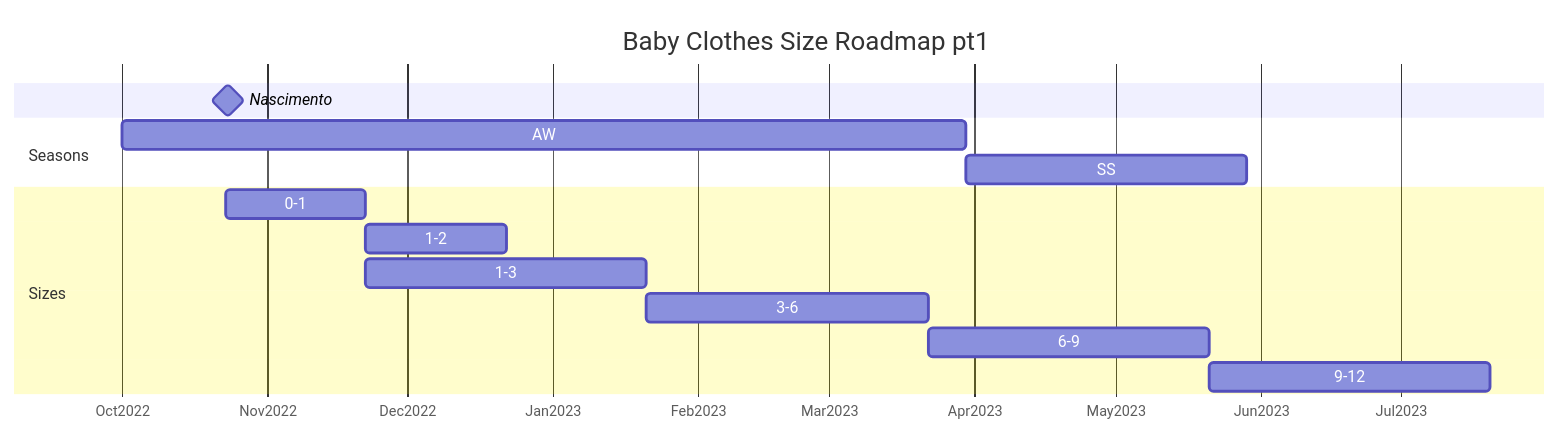
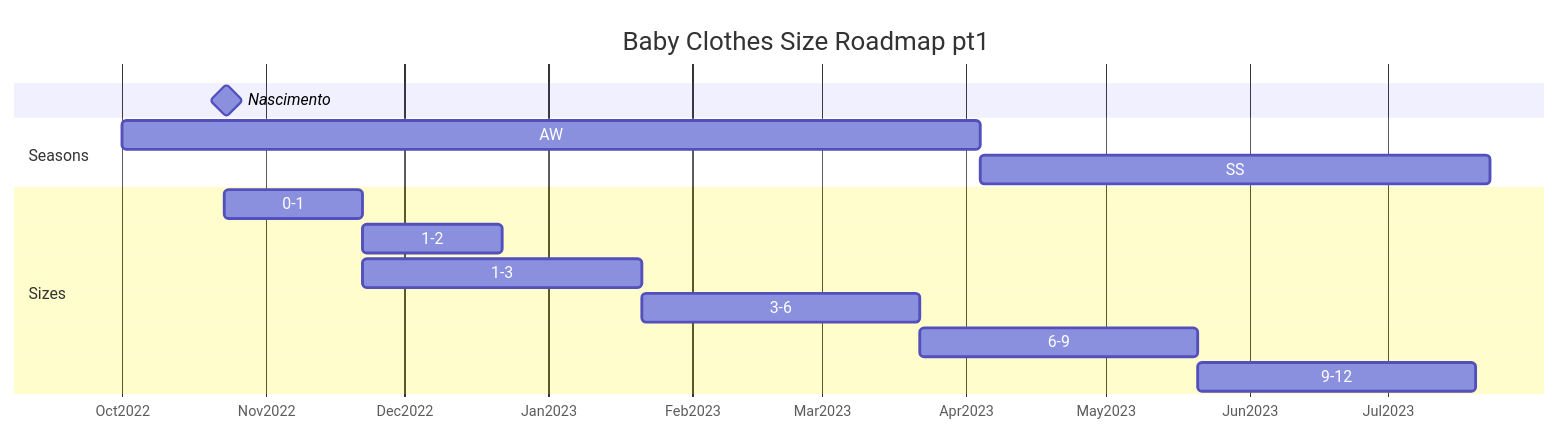
One commit to jnunoferreira/babythings changed the second of 3 diagrams in docs/babyclothes.md. Above: the diagram before and after it, drawn with Mermaid. The commit also changed other lines of this file, not shown here.

Commit message:
updated dates

````diff
--- a/docs/babyclothes.md
+++ b/docs/babyclothes.md
@@ -28,20 +28,20 @@
 ```mermaid
 gantt
     title Baby Clothes Size Roadmap pt1
     todayMarker off
     dateFormat  DD-MM-YYYY
     axisFormat  %b%Y
     Nascimento : milestone, m1, 23-10-2022, 1d
     section Seasons
-    AW           :inv1, 01-10-2022, 180d
-    SS           :prim1, after inv1  , 60d
+    AW           :inv1, 01-10-2022, 185d
+    SS           :prim1, after inv1  , 110d
     section Sizes
     0-1           :a2, 23-10-2022, 30d
     1-2           :after a2 , 30d
     1-3           :a3, after a2 , 60d
     3-6           :a4, after a3, 60d
     6-9           :a5, after a4, 60d
     9-12           :a6, after a5, 60d
 
     
 ```
````
